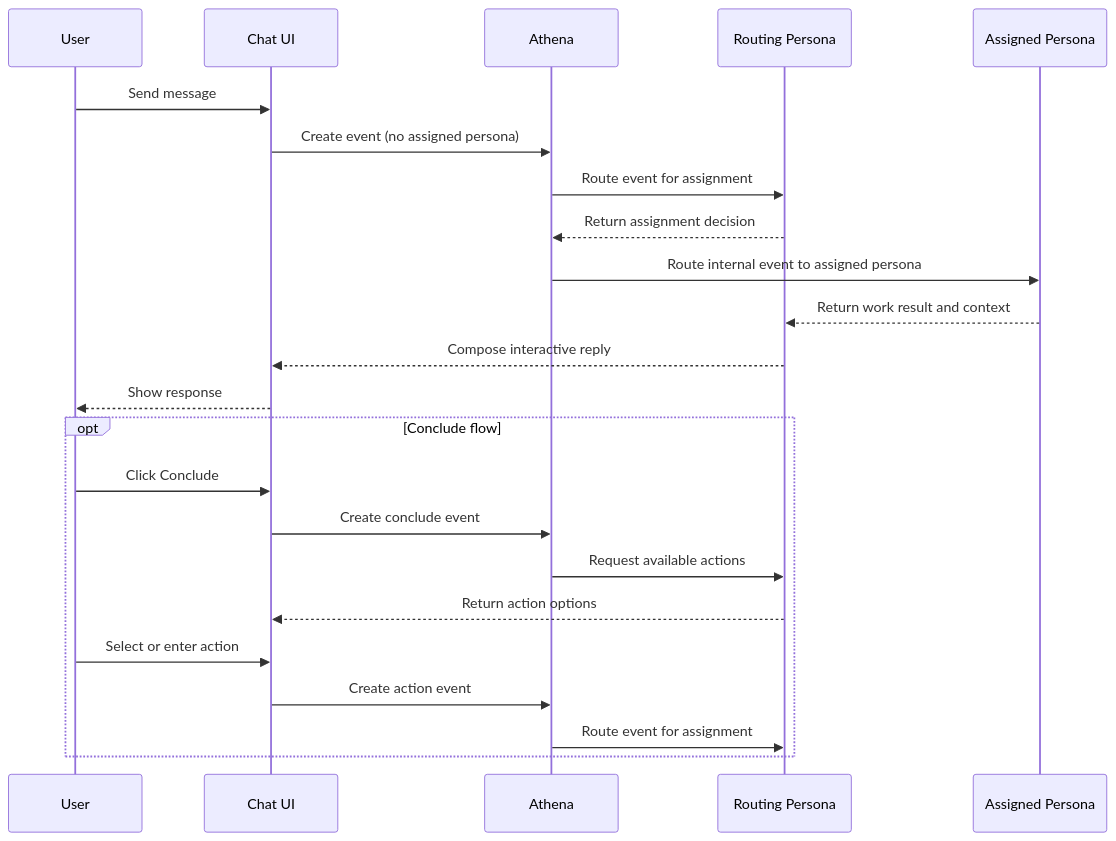
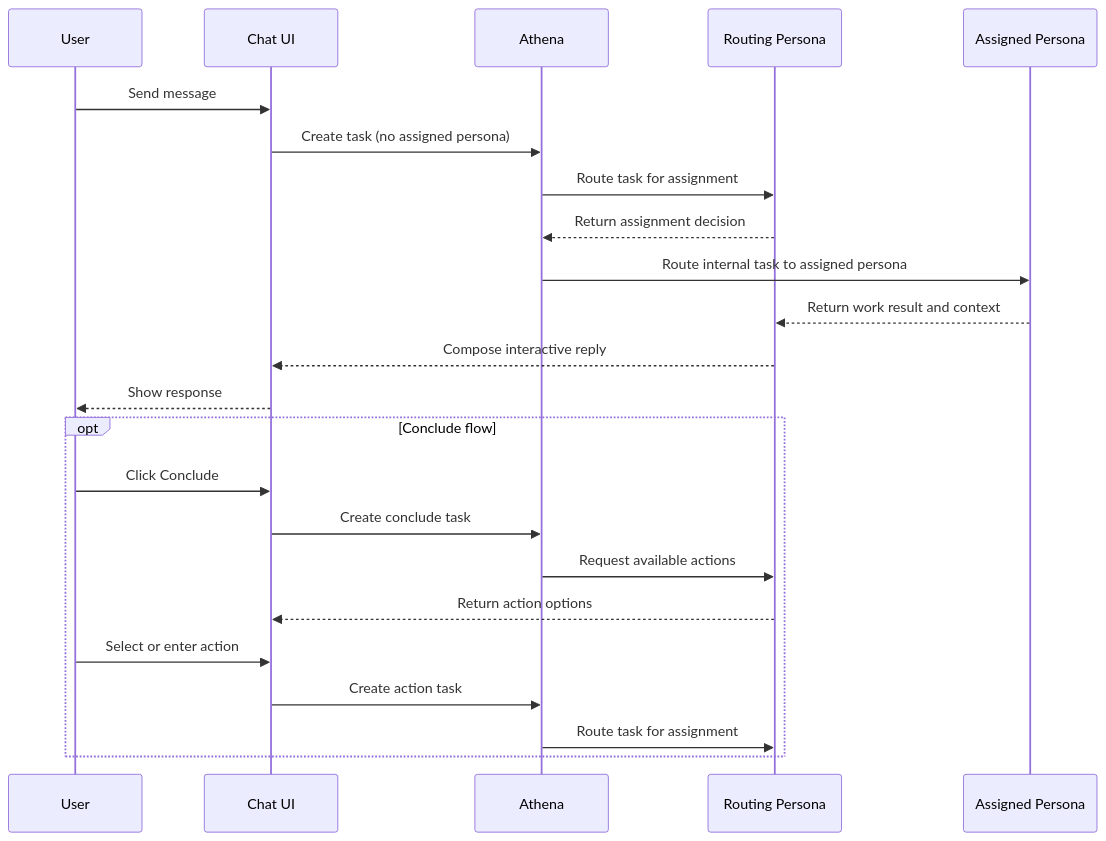
Before and after one commit to canonical/athena: the diagram in docs/specs/definitions/user-request.md, drawn with Mermaid. The commit also changed other lines of this file and 177 other files, not shown here.

````diff
--- a/docs/specs/definitions/user-request.md
+++ b/docs/specs/definitions/user-request.md
@@ -51,27 +51,27 @@
 ```mermaid
 sequenceDiagram
 	participant U as User
 	participant UI as Chat UI
 	participant A as Athena
 	participant R as Routing Persona
 	participant P as Assigned Persona
 
 	U->>UI: Send message
-	UI->>A: Create event (no assigned persona)
-	A->>R: Route event for assignment
+	UI->>A: Create task (no assigned persona)
+	A->>R: Route task for assignment
 	R-->>A: Return assignment decision
-	A->>P: Route internal event to assigned persona
+	A->>P: Route internal task to assigned persona
 	P-->>R: Return work result and context
 	R-->>UI: Compose interactive reply
 	UI-->>U: Show response
 
 	opt Conclude flow
 		U->>UI: Click Conclude
-		UI->>A: Create conclude event
+		UI->>A: Create conclude task
 		A->>R: Request available actions
 		R-->>UI: Return action options
 		U->>UI: Select or enter action
-		UI->>A: Create action event
-		A->>R: Route event for assignment
+		UI->>A: Create action task
+		A->>R: Route task for assignment
 	end
 ```
````
